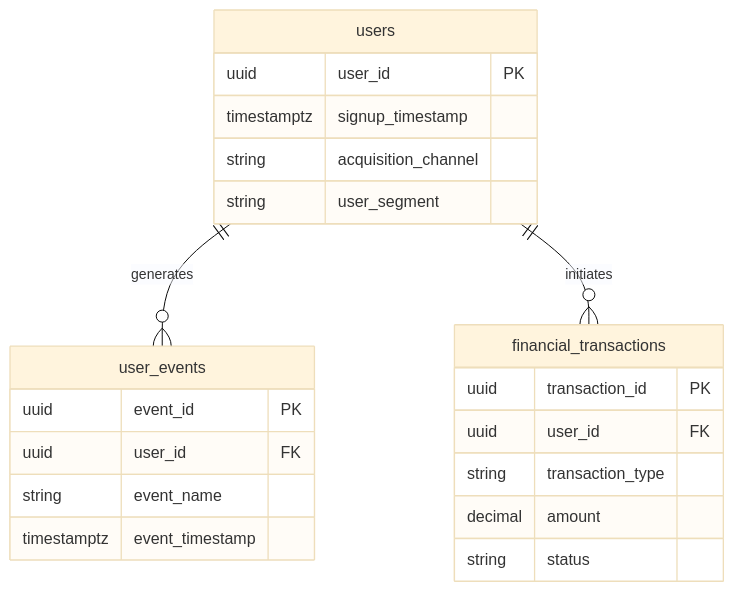
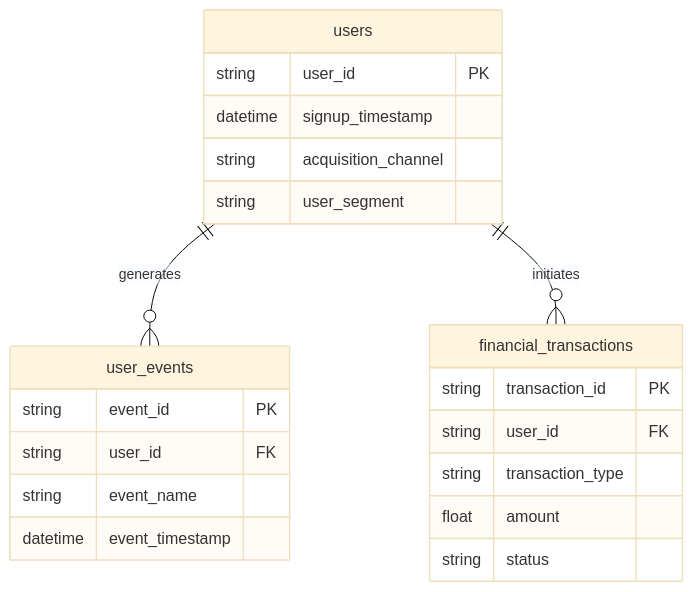
Before and after one commit to cauesilva1/fintech-onboarding-funnel-analytics: the diagram in README.md, drawn with Mermaid (base theme).

Commit message:
fix: make Mermaid ERD GitHub-compatible by using supported attribute types

````diff
--- a/README.md
+++ b/README.md
@@ -27,25 +27,24 @@
 ```mermaid
 erDiagram
-    users ||--o{ user_events : "generates"
-    users ||--o{ financial_transactions : "initiates"
-
+    users ||--o{ user_events : generates
+    users ||--o{ financial_transactions : initiates
     users {
-        uuid user_id PK
-        timestamptz signup_timestamp
+        string user_id PK
+        datetime signup_timestamp
         string acquisition_channel
         string user_segment
     }
     user_events {
-        uuid event_id PK
-        uuid user_id FK
+        string event_id PK
+        string user_id FK
         string event_name
-        timestamptz event_timestamp
+        datetime event_timestamp
     }
     financial_transactions {
-        uuid transaction_id PK
-        uuid user_id FK
+        string transaction_id PK
+        string user_id FK
         string transaction_type
-        decimal amount
+        float amount
         string status
     }
 ```
````
